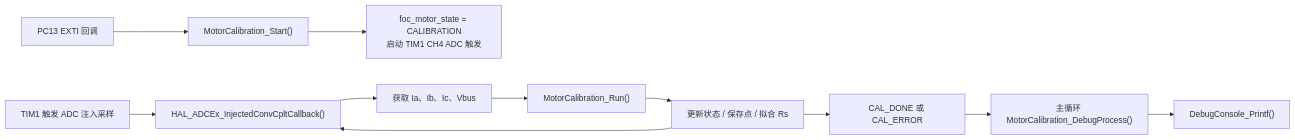
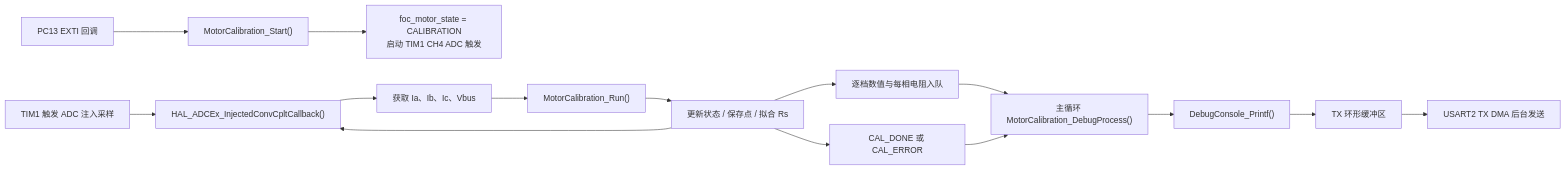
The second of 2 diagrams in docs/参数辨识.md (FlyFish0825/Observer_Motor), drawn with Mermaid before and after one commit. The commit also changed other lines of this file and 3 other files, not shown here.

````diff
--- a/docs/参数辨识.md
+++ b/docs/参数辨识.md
@@ -148,13 +148,17 @@
 ```mermaid
 flowchart LR
     A["PC13 EXTI 回调"] --> B["MotorCalibration_Start()"]
     B --> C["foc_motor_state = CALIBRATION<br/>启动 TIM1 CH4 ADC 触发"]
     D["TIM1 触发 ADC 注入采样"] --> E["HAL_ADCEx_InjectedConvCpltCallback()"]
     E --> F["获取 Ia、Ib、Ic、Vbus"]
     F --> G["MotorCalibration_Run()"]
     G --> H["更新状态 / 保存点 / 拟合 Rs"]
     H --> E
-    H --> I["CAL_DONE 或 CAL_ERROR"]
+    H --> I["逐档数值与每相电阻入队"]
     I --> J["主循环 MotorCalibration_DebugProcess()"]
+    H --> N["CAL_DONE 或 CAL_ERROR"]
+    N --> J
     J --> K["DebugConsole_Printf()"]
+    K --> L["TX 环形缓冲区"]
+    L --> M["USART2 TX DMA 后台发送"]
 ```
````
